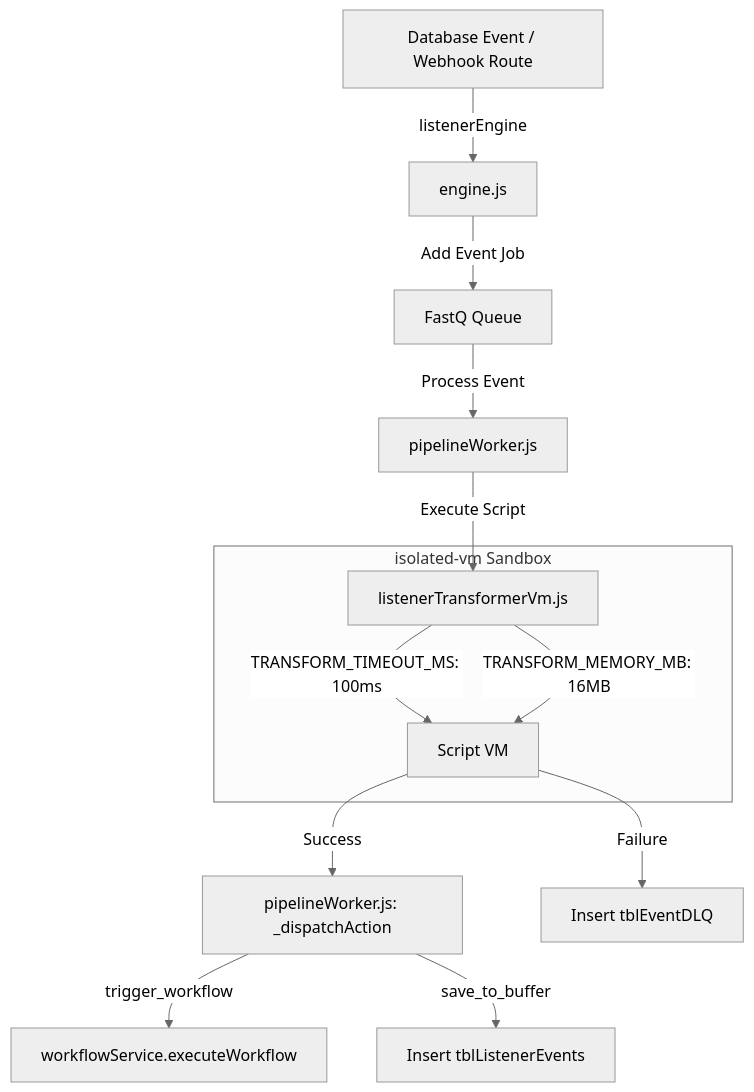
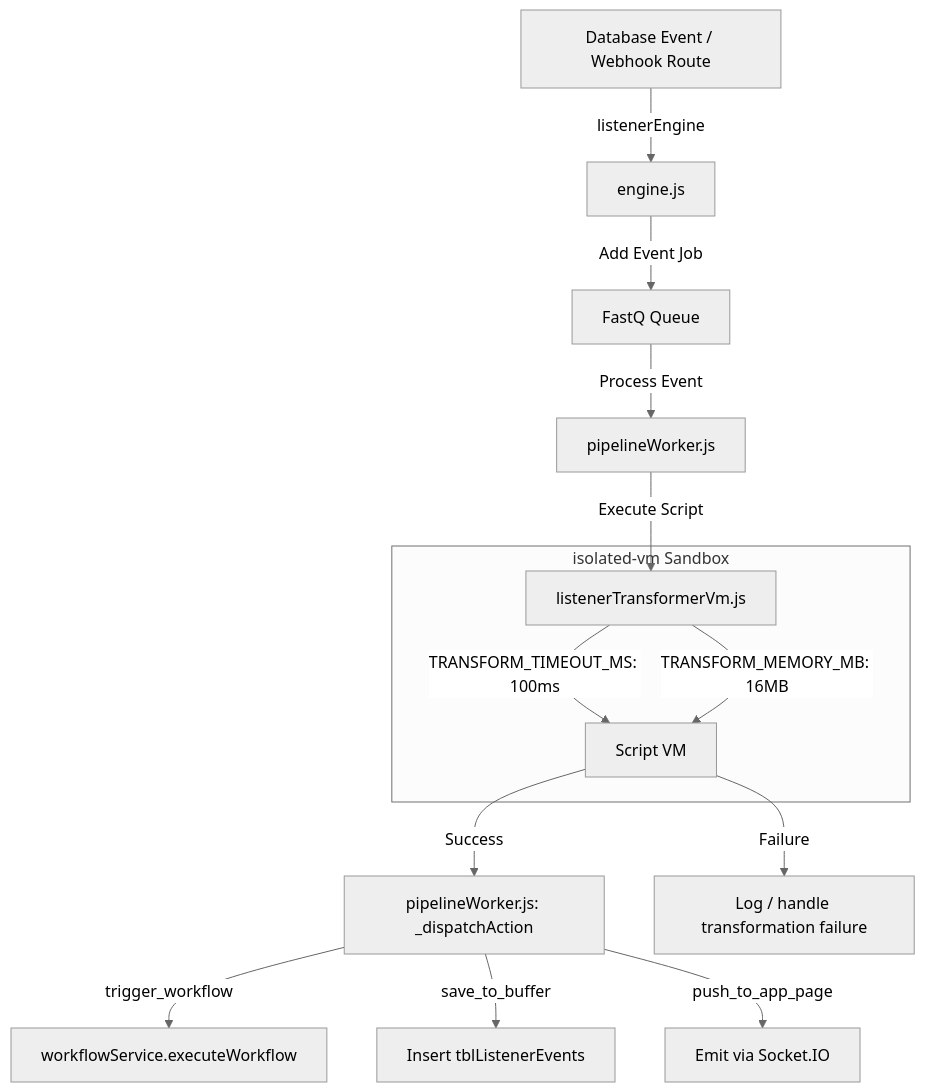
Before and after one commit to Jet-labs/jet-admin: the second of 2 diagrams in docs/docs/architecture/backend-architecture.md, drawn with Mermaid (neutral theme). The commit also changed other lines of this file and 167 other files, not shown here.

Commit message:
New widget and datasource architecture, with helper functions & image widget with upload function

````diff
--- a/docs/docs/architecture/backend-architecture.md
+++ b/docs/docs/architecture/backend-architecture.md
@@ -232,18 +232,19 @@
 ```mermaid
 graph TD
     CDC[Database Event / Webhook Route] -->|listenerEngine| Listener[engine.js]
     Listener -->|Add Event Job| Queue[FastQ Queue]
     Queue -->|Process Event| Worker[pipelineWorker.js]
     Worker -->|Execute Script| Sandbox[listenerTransformerVm.js]
     
     subgraph "isolated-vm Sandbox"
         Sandbox -->|TRANSFORM_TIMEOUT_MS: 100ms| JS[Script VM]
         Sandbox -->|TRANSFORM_MEMORY_MB: 16MB| JS
     end
     
     JS -->|Success| Action[pipelineWorker.js: _dispatchAction]
-    JS -->|Failure| DLQ[Insert tblEventDLQ]
+    JS -->|Failure| DLQ[Log / handle transformation failure]
     
     Action -->|trigger_workflow| RunWF[workflowService.executeWorkflow]
     Action -->|save_to_buffer| Buffer[Insert tblListenerEvents]
+    Action -->|push_to_app_page| Emit[Emit via Socket.IO]
 ```
````
